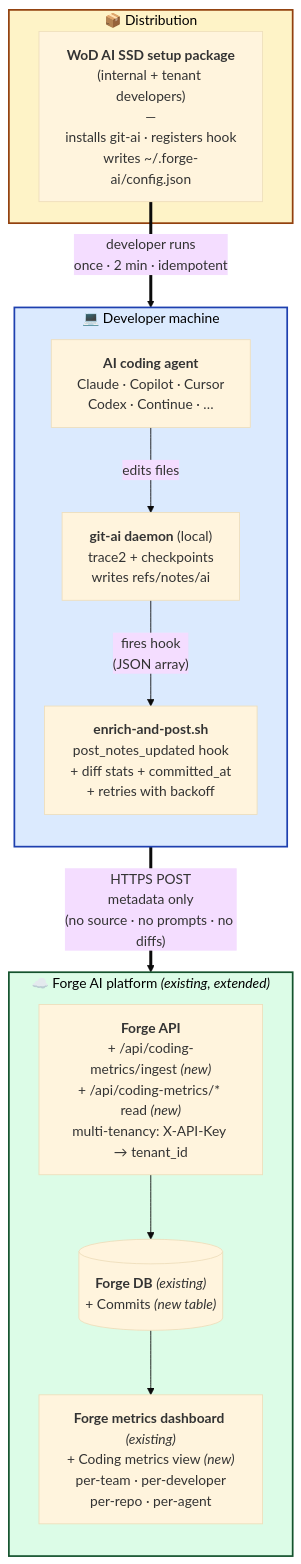
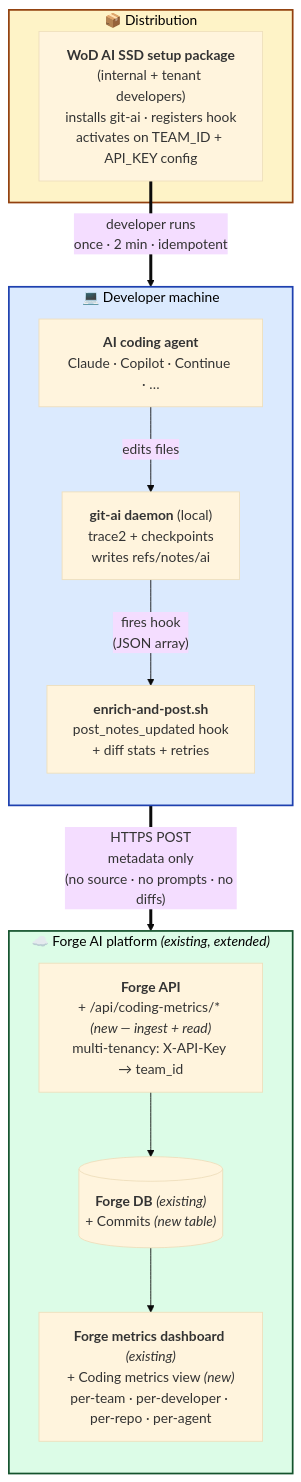
Before and after one commit to ShamsiievDmytro/metrics-architecture: the first of 2 diagrams in docs/forge-architecture-overview.md, drawn with Mermaid (base theme). The commit also changed other lines of this file, not shown here.

First line of the commit message:
docs(overview): align diagrams with content + standardize on TEAM_ID

````diff
--- a/docs/forge-architecture-overview.md
+++ b/docs/forge-architecture-overview.md
@@ -34,34 +34,34 @@
 ```mermaid
 flowchart TB
     subgraph DIST["📦 Distribution"]
-        SSD["<b>WoD AI SSD setup package</b><br/>(internal + tenant developers)<br/>—<br/>installs git-ai · registers hook<br/>writes ~/.forge-ai/config.json"]
+        SSD["<b>WoD AI SSD setup package</b><br/>(internal + tenant developers)<br/>installs git-ai · registers hook<br/>activates on TEAM_ID + API_KEY config"]
     end
 
     subgraph DEV["💻 Developer machine"]
         direction TB
-        AGENT["<b>AI coding agent</b><br/>Claude · Copilot · Cursor<br/>Codex · Continue · …"]
+        AGENT["<b>AI coding agent</b><br/>Claude · Copilot · Continue · …"]
         GITAI["<b>git-ai daemon</b> (local)<br/>trace2 + checkpoints<br/>writes refs/notes/ai"]
-        HOOK["<b>enrich-and-post.sh</b><br/>post_notes_updated hook<br/>+ diff stats + committed_at<br/>+ retries with backoff"]
+        HOOK["<b>enrich-and-post.sh</b><br/>post_notes_updated hook<br/>+ diff stats + retries"]
         AGENT -- "edits files" --> GITAI
         GITAI -- "fires hook<br/>(JSON array)" --> HOOK
     end
 
     subgraph FORGE["☁️ Forge AI platform <i>(existing, extended)</i>"]
         direction TB
-        API["<b>Forge API</b><br/>+ /api/coding-metrics/ingest <i>(new)</i><br/>+ /api/coding-metrics/* read <i>(new)</i><br/>multi-tenancy: X-API-Key → tenant_id"]
+        API["<b>Forge API</b><br/>+ /api/coding-metrics/* <i>(new — ingest + read)</i><br/>multi-tenancy: X-API-Key → team_id"]
         DB[("<b>Forge DB</b> <i>(existing)</i><br/>+ Commits <i>(new table)</i>")]
-        UI["<b>Forge metrics dashboard</b> <i>(existing)</i><br/>+ Coding metrics view <i>(new)</i><br/>per-team · per-developer<br/>per-repo · per-agent"]
+        UI["<b>Forge metrics dashboard</b> <i>(existing)</i><br/>+ Coding metrics view <i>(new)</i><br/>per-team · per-developer · per-repo · per-agent"]
         API --> DB
         DB --> UI
     end
 
     SSD ==>|"developer runs<br/>once · 2 min · idempotent"| DEV
     HOOK ==>|"HTTPS POST<br/>metadata only<br/>(no source · no prompts · no diffs)"| API
 
     classDef dist fill:#fef3c7,stroke:#92400e,stroke-width:2px,color:#000
     classDef dev fill:#dbeafe,stroke:#1e40af,stroke-width:2px,color:#000
     classDef forge fill:#dcfce7,stroke:#14532d,stroke-width:2px,color:#000
     class DIST dist
     class DEV dev
     class FORGE forge
 ```
````
